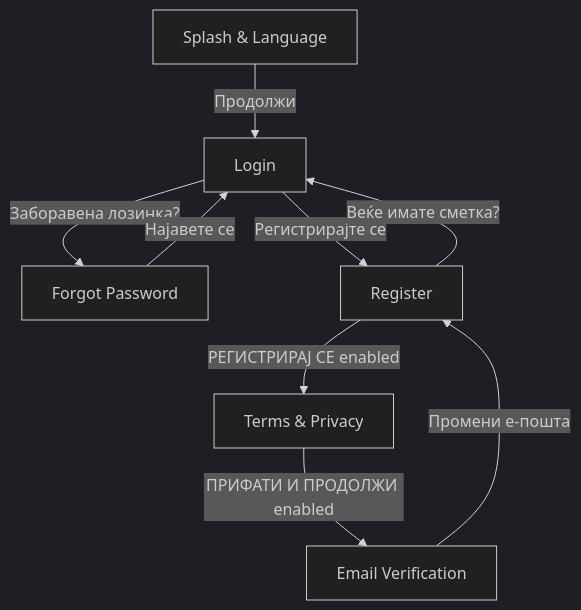
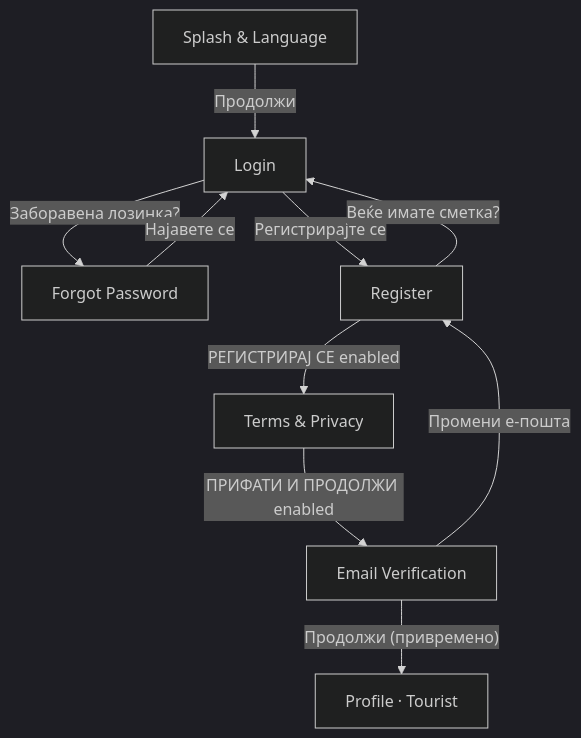
Before and after one commit to mblerona/bulka-frontend: the diagram in PROJECT_PROGRESS.md, drawn with Mermaid (dark theme). The commit also changed other lines of this file and 9 other files, not shown here.

Commit message:
Implemented tourist user profile setup

````diff
--- a/PROJECT_PROGRESS.md
+++ b/PROJECT_PROGRESS.md
@@ -22,11 +23,12 @@
 ```mermaid
 flowchart TD
     Splash["Splash & Language"] -->|Продолжи| Login
     Login -->|Заборавена лозинка?| ForgotPassword["Forgot Password"]
     Login -->|Регистрирајте се| Register
     ForgotPassword -->|Најавете се| Login
     Register -->|Веќе имате сметка?| Login
     Register -->|РЕГИСТРИРАЈ СЕ enabled| Terms["Terms & Privacy"]
     Terms -->|ПРИФАТИ И ПРОДОЛЖИ enabled| EmailVerify["Email Verification"]
     EmailVerify -->|Промени е-пошта| Register
+    EmailVerify -->|"Продолжи (привремено)"| Profile["Profile · Tourist"]
 ```
````
